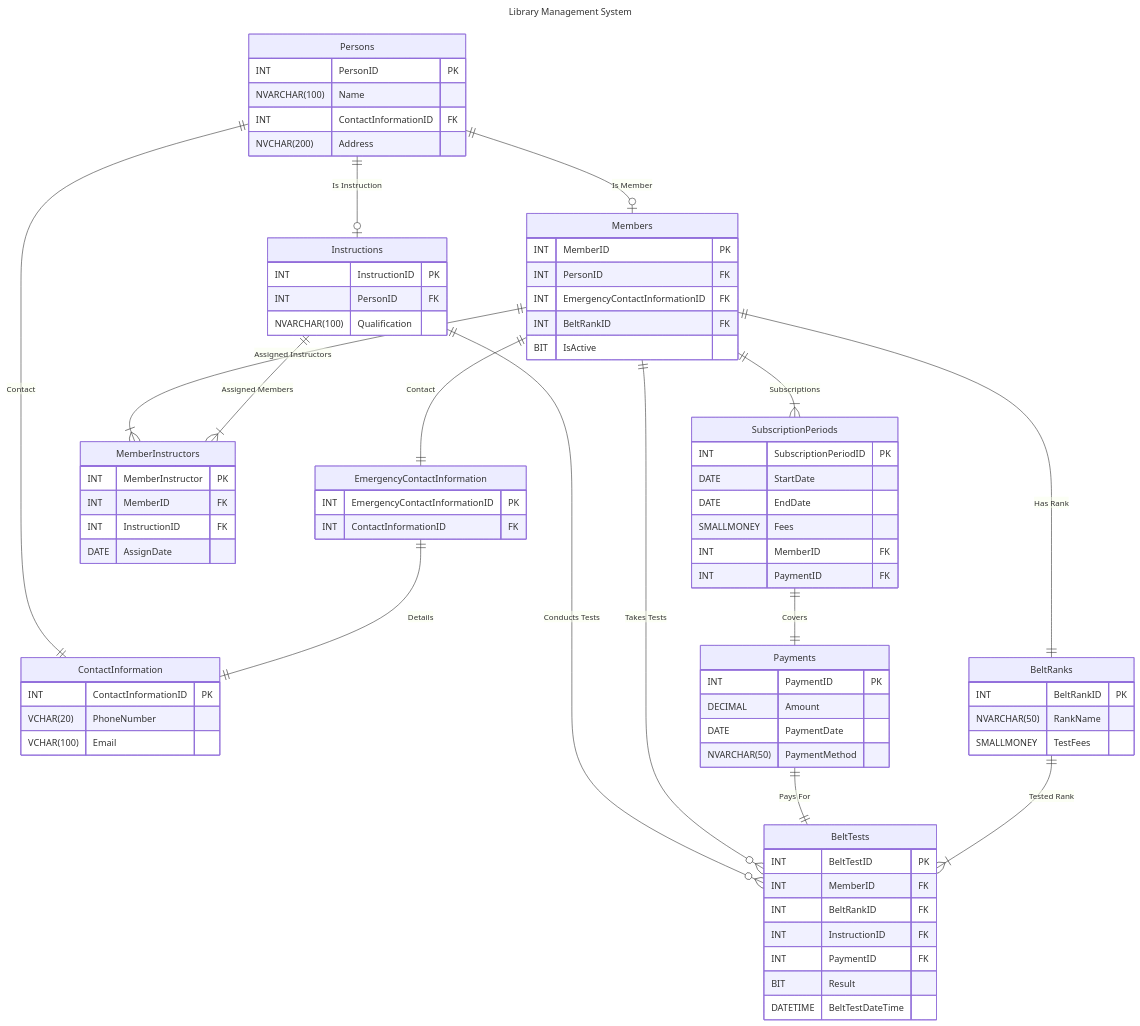
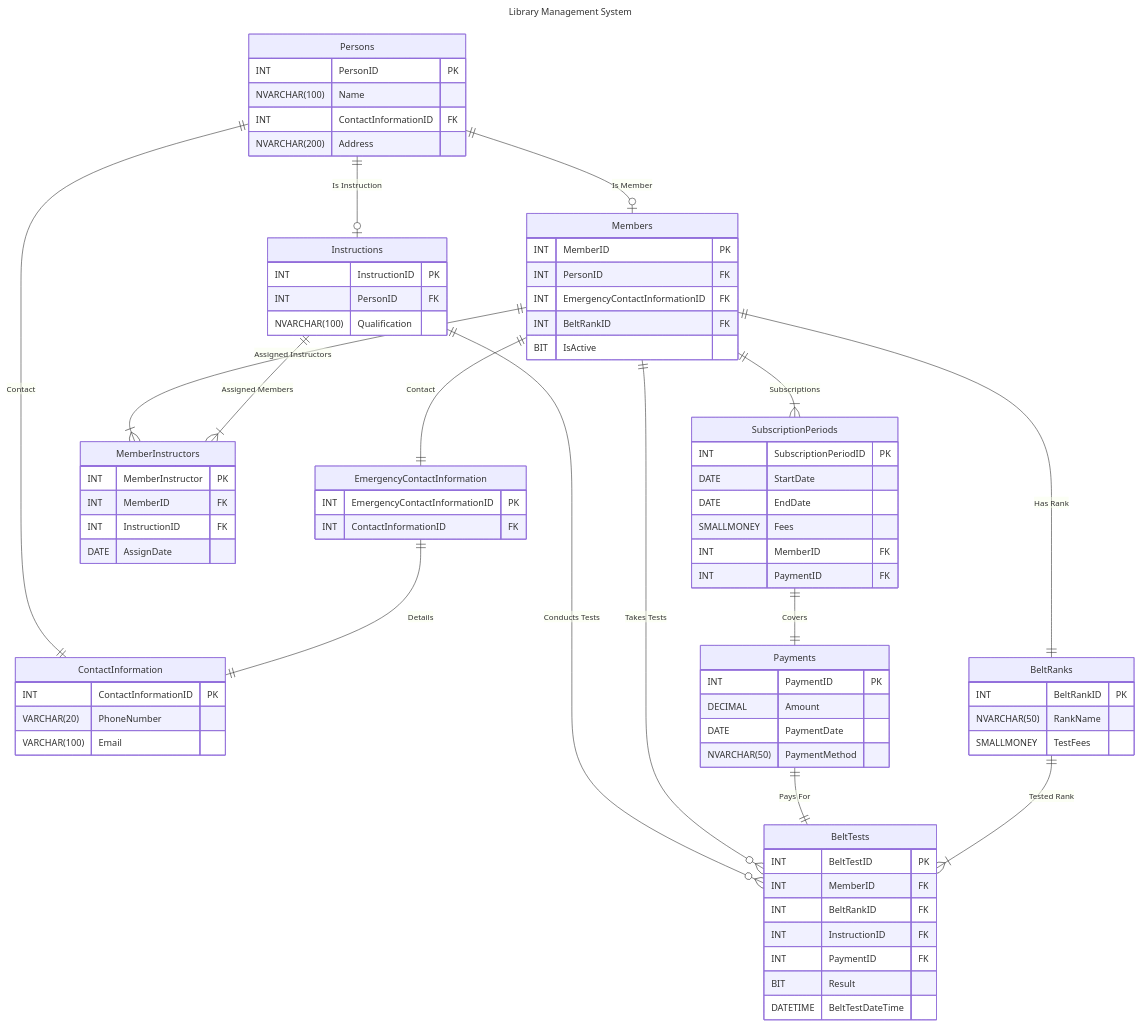
Before and after one commit to M4MD24/SQL-Database-Part-of-Concepts-and-Practices-by-Programming-Advices: the diagram in src/_1_projects/_1_1_relational_diagrams/_1_1_1_management_system/KarateClub.mmd, drawn with Mermaid. The commit also changed 4 other files, not shown here.

Commit message:
Edit Data Type Names in Relational Schemas

```diff
--- a/src/_1_projects/_1_1_relational_diagrams/_1_1_1_management_system/KarateClub.mmd
+++ b/src/_1_projects/_1_1_relational_diagrams/_1_1_1_management_system/KarateClub.mmd
@@ -1,89 +1,89 @@
 ---
 title: "Library Management System"
 ---
 erDiagram
     Persons {
         INT PersonID PK
         NVARCHAR(100) Name
         INT ContactInformationID FK
-        NVCHAR(200) Address
+        NVARCHAR(200) Address
     }
 
     ContactInformation {
         INT ContactInformationID PK
-        VCHAR(20) PhoneNumber
-        VCHAR(100) Email
+        VARCHAR(20) PhoneNumber
+        VARCHAR(100) Email
     }
 
     Members {
         INT MemberID PK
         INT PersonID FK
         INT EmergencyContactInformationID FK
         INT BeltRankID FK
         BIT IsActive
     }
 
     EmergencyContactInformation {
         INT EmergencyContactInformationID PK
         INT ContactInformationID FK
     }
 
     BeltRanks {
         INT BeltRankID PK
         NVARCHAR(50) RankName
         SMALLMONEY TestFees
     }
 
     Instructions {
         INT InstructionID PK
         INT PersonID FK
         NVARCHAR(100) Qualification
     }
 
     MemberInstructors {
         INT MemberInstructor PK
         INT MemberID FK
         INT InstructionID FK
         DATE AssignDate
     }
 
     SubscriptionPeriods {
         INT SubscriptionPeriodID PK
         DATE StartDate
         DATE EndDate
         SMALLMONEY Fees
         INT MemberID FK
         INT PaymentID FK
     }
 
     BeltTests {
         INT BeltTestID PK
         INT MemberID FK
         INT BeltRankID FK
         INT InstructionID FK
         INT PaymentID FK
         BIT Result
         DATETIME BeltTestDateTime
     }
 
     Payments {
         INT PaymentID PK
         DECIMAL Amount
         DATE PaymentDate
         NVARCHAR(50) PaymentMethod
     }
 
     Persons ||--o| Members: "Is Member"
     Persons ||--o| Instructions: "Is Instruction"
     Persons ||--|| ContactInformation: "Contact"
     Members ||--|| EmergencyContactInformation: "Contact"
     EmergencyContactInformation ||--|| ContactInformation: "Details"
     Members ||--|{ MemberInstructors: "Assigned Instructors"
     Instructions ||--|{ MemberInstructors: "Assigned Members"
     Instructions ||--o{ BeltTests: "Conducts Tests"
     Members ||--|{ SubscriptionPeriods: "Subscriptions"
     Members ||--|| BeltRanks: "Has Rank"
     Members ||--o{ BeltTests: "Takes Tests"
     SubscriptionPeriods ||--|| Payments: "Covers"
     Payments ||--|| BeltTests: "Pays For"
     BeltRanks ||--|{ BeltTests: "Tested Rank"
```
